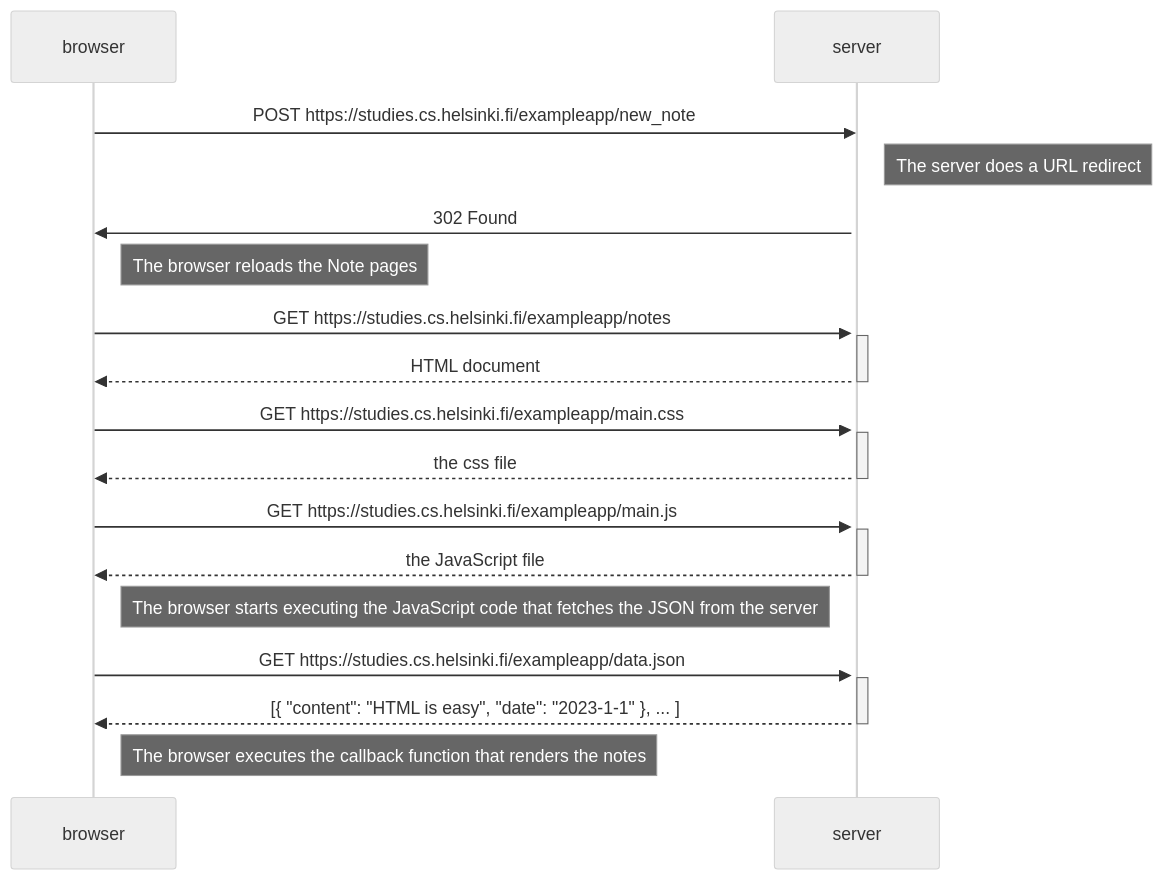
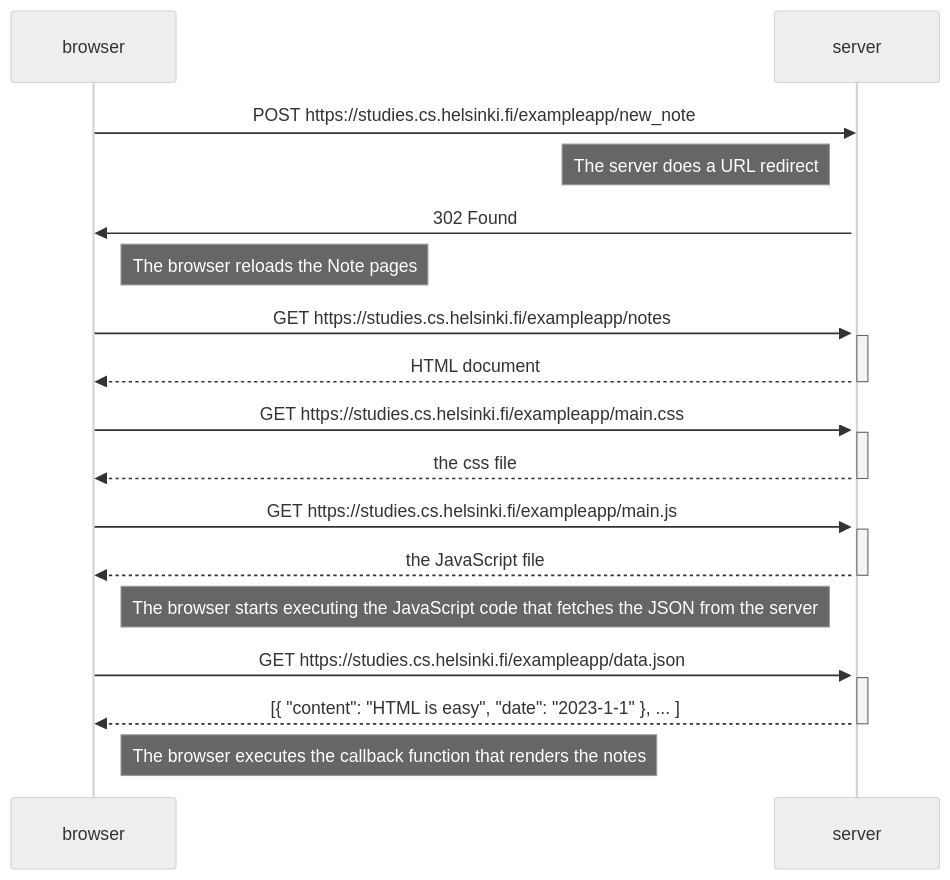
One commit to ningia92/full-stack-open changed the diagram in part0/0.4-new-note-diagram.md. Above: the diagram before and after it, drawn with Mermaid (neutral theme).

````diff
--- a/part0/0.4-new-note-diagram.md
+++ b/part0/0.4-new-note-diagram.md
@@ -1,35 +1,35 @@
 ```mermaid
   sequenceDiagram
     participant browser
     participant server
 
     browser->>server: POST https://studies.cs.helsinki.fi/exampleapp/new_note
-    Note right of server: The server does a URL redirect
+    Note left of server: The server does a URL redirect
     activate server
     server->>browser: 302 Found
     Note right of browser: The browser reloads the Note pages
 
     browser->>server: GET https://studies.cs.helsinki.fi/exampleapp/notes
     activate server
     server-->>browser: HTML document
     deactivate server
 
     browser->>server: GET https://studies.cs.helsinki.fi/exampleapp/main.css
     activate server
     server-->>browser: the css file
     deactivate server
 
     browser->>server: GET https://studies.cs.helsinki.fi/exampleapp/main.js
     activate server
     server-->>browser: the JavaScript file
     deactivate server
 
     Note right of browser: The browser starts executing the JavaScript code that fetches the JSON from the server
 
     browser->>server: GET https://studies.cs.helsinki.fi/exampleapp/data.json
     activate server
     server-->>browser: [{ "content": "HTML is easy", "date": "2023-1-1" }, ... ]
     deactivate server
 
     Note right of browser: The browser executes the callback function that renders the notes
 ```
````
